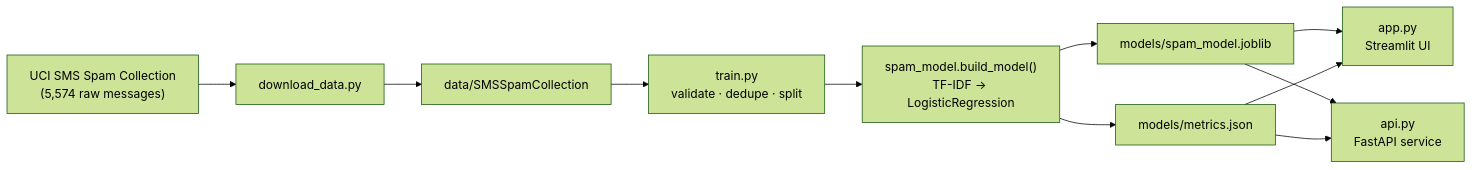
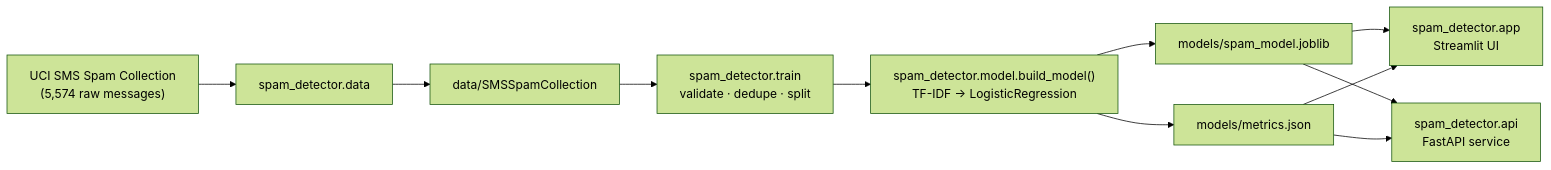
Before and after one commit to BeFearless-cyberhead/Spam_detector: the diagram in README.md, drawn with Mermaid (forest theme). The commit also changed other lines of this file and 25 other files, not shown here.

````diff
--- a/README.md
+++ b/README.md
@@ -50,13 +53,13 @@
 ```mermaid
 flowchart LR
-    A["UCI SMS Spam Collection<br/>(5,574 raw messages)"] --> B["download_data.py"]
+    A["UCI SMS Spam Collection<br/>(5,574 raw messages)"] --> B["spam_detector.data"]
     B --> C["data/SMSSpamCollection"]
-    C --> D["train.py<br/>validate · dedupe · split"]
-    D --> E["spam_model.build_model()<br/>TF-IDF → LogisticRegression"]
+    C --> D["spam_detector.train<br/>validate · dedupe · split"]
+    D --> E["spam_detector.model.build_model()<br/>TF-IDF → LogisticRegression"]
     E --> F["models/spam_model.joblib"]
     E --> G["models/metrics.json"]
-    F --> H["app.py<br/>Streamlit UI"]
-    F --> I["api.py<br/>FastAPI service"]
+    F --> H["spam_detector.app<br/>Streamlit UI"]
+    F --> I["spam_detector.api<br/>FastAPI service"]
     G --> H
     G --> I
 ```
````
